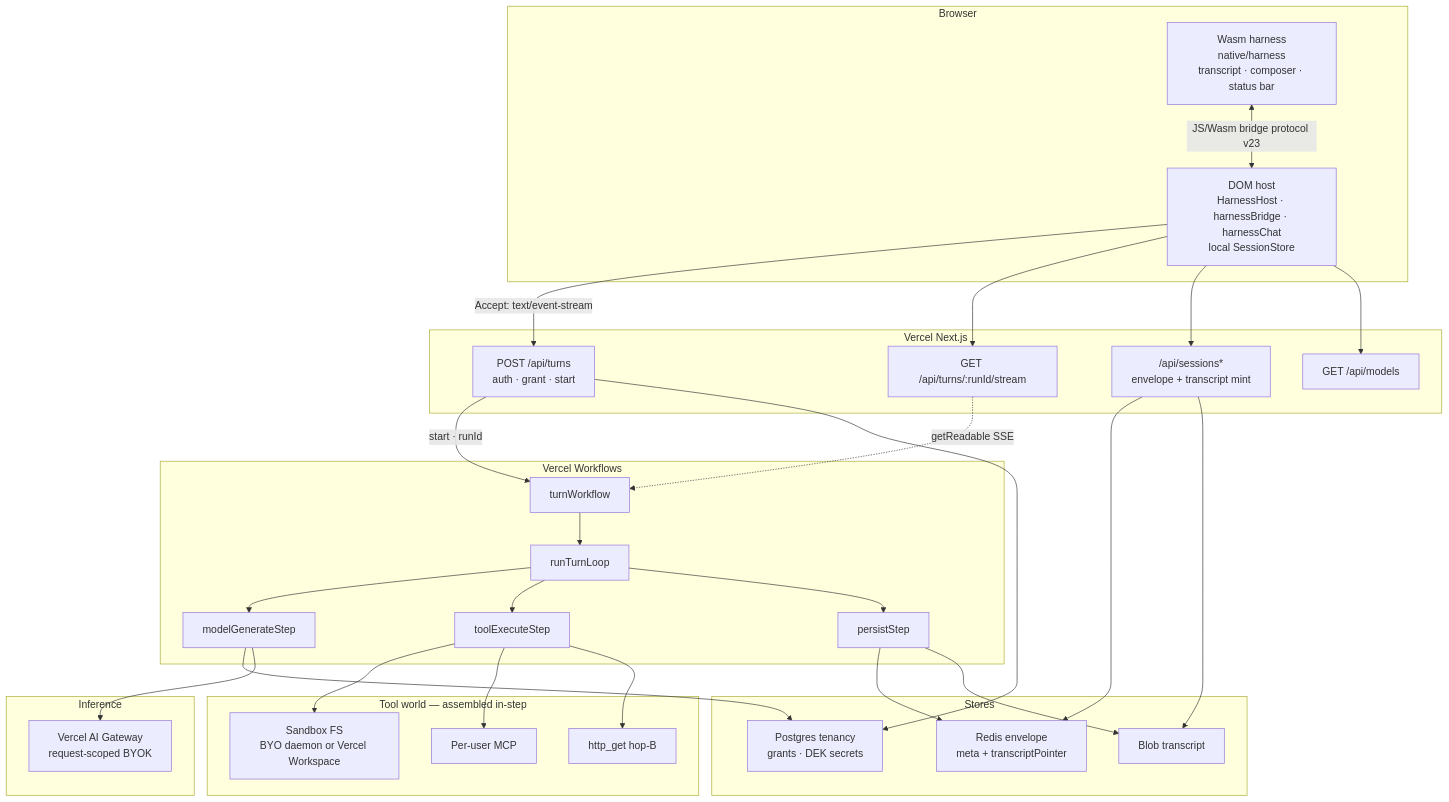
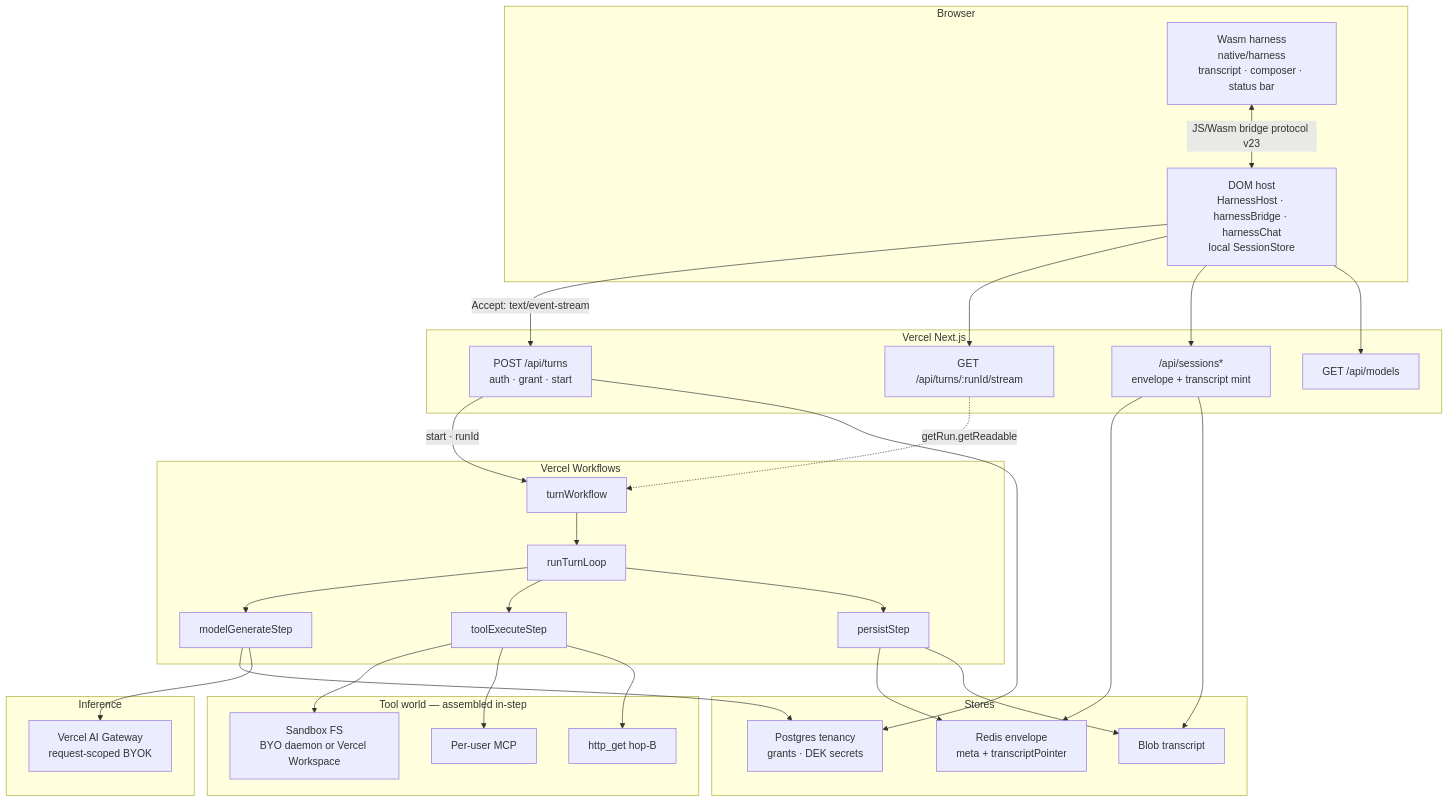
The diagram in docs/architecture.md (btipling/invincible), drawn with Mermaid before and after one commit. The commit also changed other lines of this file and 3 other files, not shown here.

First line of the commit message:
docs: pin start() args and protocol versions on the architecture map

````diff
--- a/docs/architecture.md
+++ b/docs/architecture.md
@@ -11,64 +11,64 @@
 ```mermaid
 flowchart TB
   subgraph browser ["Browser"]
     wasm["Wasm harness<br/>native/harness<br/>transcript · composer · status bar"]
     host["DOM host<br/>HarnessHost · harnessBridge · harnessChat<br/>local SessionStore"]
     wasm <-->|"JS/Wasm bridge protocol v23"| host
   end
 
   subgraph next ["Vercel Next.js"]
     turns["POST /api/turns<br/>auth · grant · start"]
     attach["GET /api/turns/:runId/stream"]
     sessions["/api/sessions*<br/>envelope + transcript mint"]
     models["GET /api/models"]
   end
 
   host -->|"Accept: text/event-stream"| turns
   host --> attach
   host --> sessions
   host --> models
 
   subgraph wf ["Vercel Workflows"]
     entry["turnWorkflow"]
     loop["runTurnLoop"]
     model["modelGenerateStep"]
     tools["toolExecuteStep"]
     persist["persistStep"]
     entry --> loop
     loop --> model
     loop --> tools
     loop --> persist
   end
 
   turns -->|"start · runId"| entry
-  attach -.->|"getReadable SSE"| entry
+  attach -.->|"getRun.getReadable"| entry
 
   subgraph stores ["Stores"]
     redis["Redis envelope<br/>meta + transcriptPointer"]
     blob["Blob transcript"]
     pg["Postgres tenancy<br/>grants · DEK secrets"]
   end
 
   persist --> redis
   persist --> blob
   sessions --> redis
   sessions --> blob
   turns --> pg
   model --> pg
 
   subgraph infer ["Inference"]
     gw["Vercel AI Gateway<br/>request-scoped BYOK"]
   end
 
   model --> gw
 
   subgraph toolworld ["Tool world — assembled in-step"]
     sbx["Sandbox FS<br/>BYO daemon or Vercel Workspace"]
     mcp["Per-user MCP"]
     http["http_get hop-B"]
   end
 
   tools --> sbx
   tools --> mcp
   tools --> http
 ```
````
